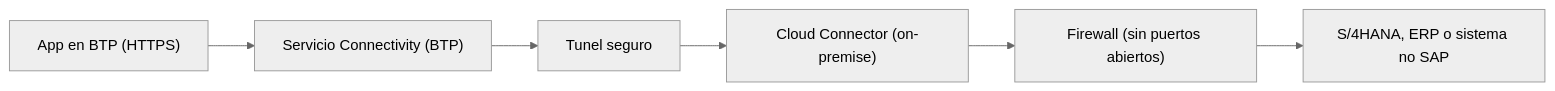
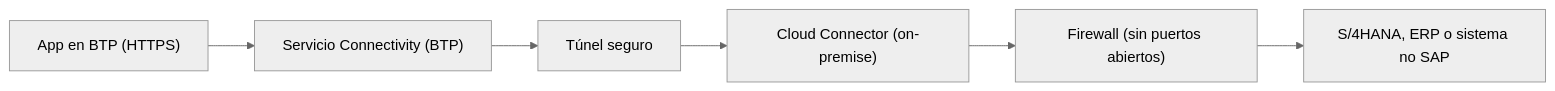
The diagram in es/btp-admin-destinations-conectividad.mdx (logalitech/blog-content), drawn with Mermaid (neutral theme) before and after one commit. The commit also changed other lines of this file and 49 other files, not shown here.

````diff
--- a/es/btp-admin-destinations-conectividad.mdx
+++ b/es/btp-admin-destinations-conectividad.mdx
@@ -25,8 +25,8 @@
 ```mermaid
 flowchart LR
   APP["App en BTP (HTTPS)"] --> CONN["Servicio Connectivity (BTP)"]
-  CONN --> TUNEL["Tunel seguro"]
+  CONN --> TUNEL["Túnel seguro"]
   TUNEL --> CC["Cloud Connector (on-premise)"]
   CC --> FW["Firewall (sin puertos abiertos)"]
   FW --> SYS["S/4HANA, ERP o sistema no SAP"]
 ```
````
